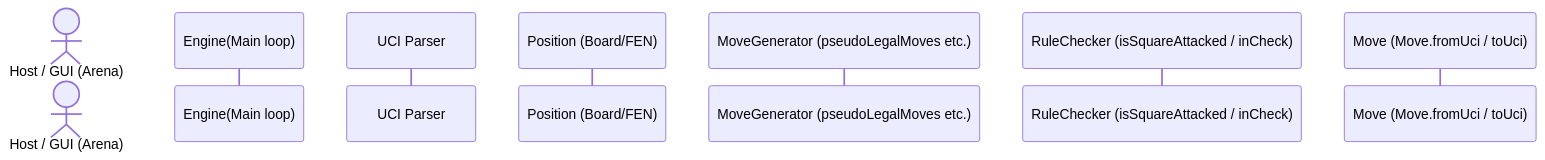
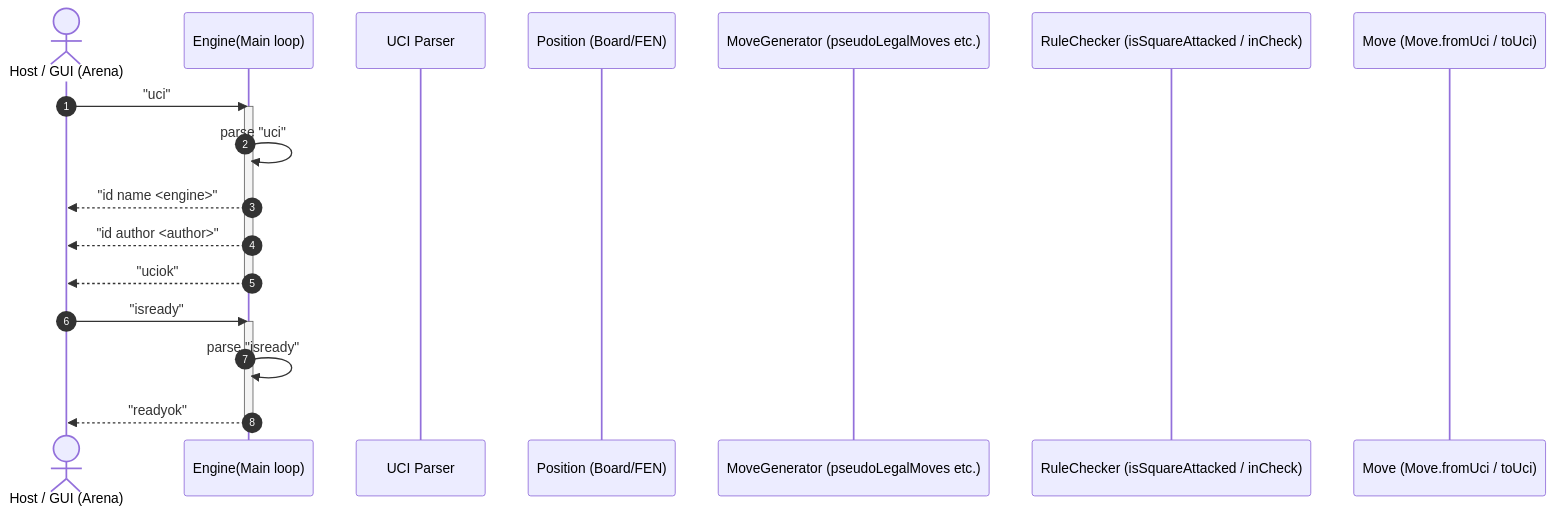
Before and after one commit to dkim0722/TestRepo: the diagram in README.md, drawn with Mermaid.

Commit message:
Updated README.md fourth time

````diff
--- a/README.md
+++ b/README.md
@@ -3,11 +3,25 @@
 ```mermaid
 sequenceDiagram
     autonumber
     actor Host as Host / GUI (Arena)
     participant Engine as Engine(Main loop)
     participant Parser as UCI Parser
     participant Position as Position (Board/FEN)
     participant MoveGen as MoveGenerator (pseudoLegalMoves etc.)
     participant Rule as RuleChecker (isSquareAttacked / inCheck)
     participant MoveObj as Move (Move.fromUci / toUci)
+
+    Host ->> Engine: "uci"
+    activate Engine
+    Engine ->> Engine: parse "uci"
+    Engine -->> Host: "id name <engine>"
+    Engine -->> Host: "id author <author>"
+    Engine -->> Host: "uciok"
+    deactivate Engine
+
+    Host ->> Engine: "isready"
+    activate Engine
+    Engine ->> Engine: parse "isready"
+    Engine -->> Host: "readyok"
+    deactivate Engine
 ```
````
